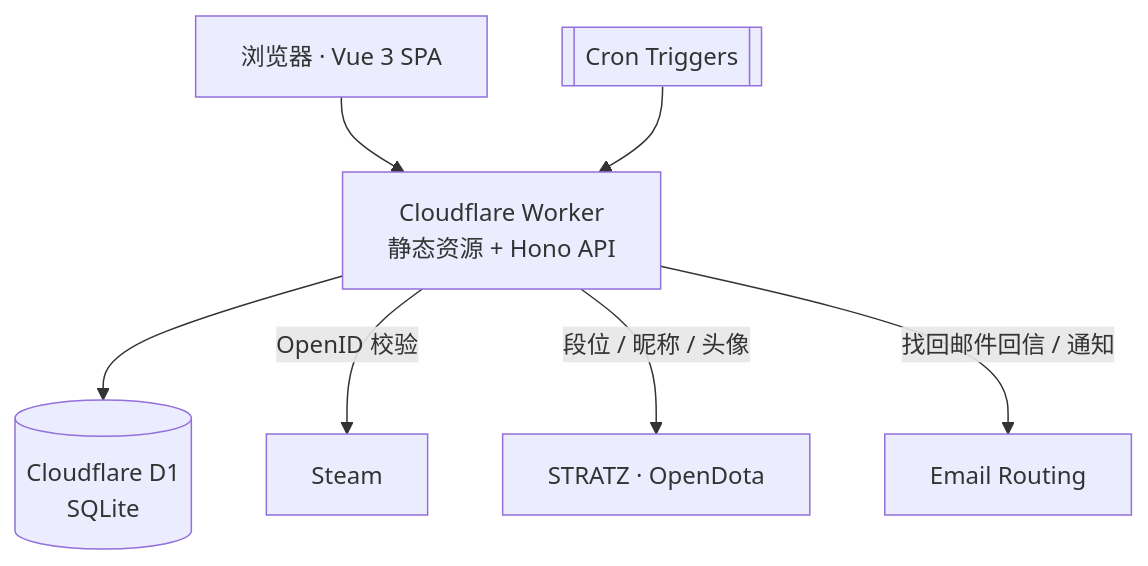
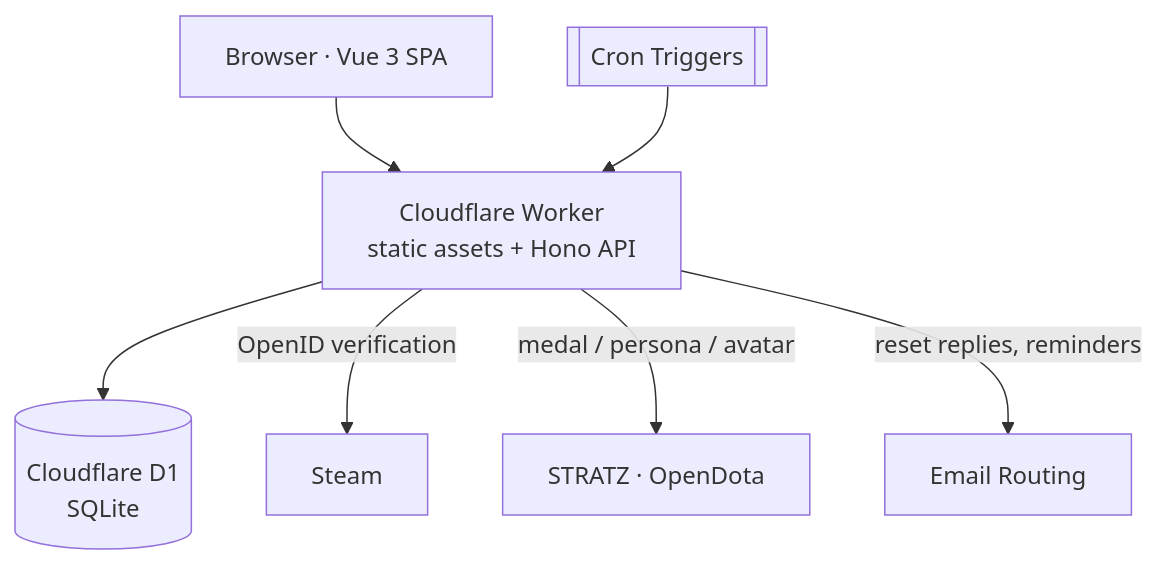
The diagram in README.md (LiBaiQiYu/hive), drawn with Mermaid before and after one commit. The commit also changed other lines of this file and 1 other file, not shown here.

````diff
--- a/README.md
+++ b/README.md
@@ -88,9 +102,9 @@
 ```mermaid
 flowchart TB
-  B[浏览器 · Vue 3 SPA] --> W[Cloudflare Worker<br/>静态资源 + Hono API]
+  B[Browser · Vue 3 SPA] --> W[Cloudflare Worker<br/>static assets + Hono API]
   W --> D[(Cloudflare D1<br/>SQLite)]
-  W -->|OpenID 校验| S1[Steam]
-  W -->|段位 / 昵称 / 头像| S2[STRATZ · OpenDota]
-  W -->|找回邮件回信 / 通知| M[Email Routing]
+  W -->|OpenID verification| S1[Steam]
+  W -->|medal / persona / avatar| S2[STRATZ · OpenDota]
+  W -->|reset replies, reminders| M[Email Routing]
   C[[Cron Triggers]] --> W
 ```
````
